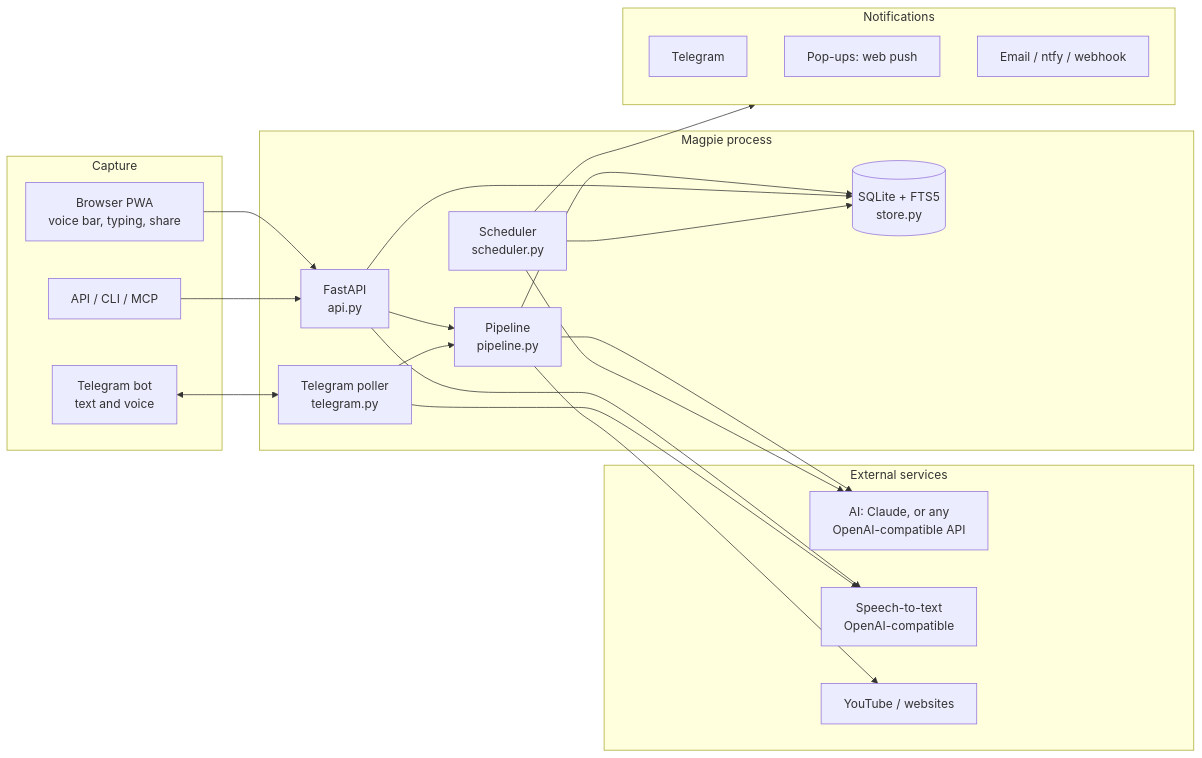
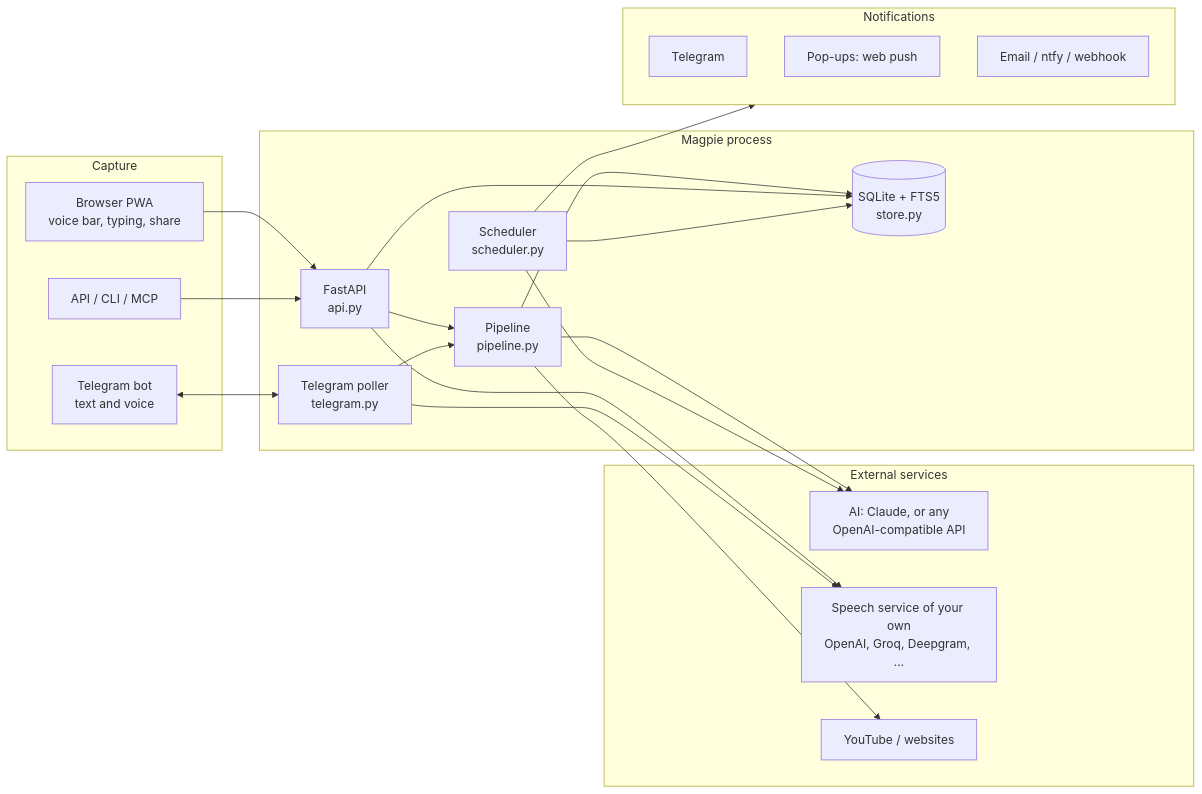
The first of 4 diagrams in docs/architecture.md (Coder-ux-coder/magpie), drawn with Mermaid before and after one commit. The commit also changed other lines of this file and 32 other files, not shown here.

First line of the commit message:
Magpie 0.8.0: your own speech service or dictation app, and words to listen out for

````diff
--- a/docs/architecture.md
+++ b/docs/architecture.md
@@ -7,39 +7,39 @@
 ```mermaid
 flowchart LR
     subgraph Capture
         B[Browser PWA<br/>voice bar, typing, share]
         T[Telegram bot<br/>text and voice]
         S[API / CLI / MCP]
     end
     subgraph Magpie[Magpie process]
         API[FastAPI<br/>api.py]
         P[Pipeline<br/>pipeline.py]
         SCH[Scheduler<br/>scheduler.py]
         BOT[Telegram poller<br/>telegram.py]
         DB[(SQLite + FTS5<br/>store.py)]
     end
     subgraph Outside[External services]
         C[AI: Claude, or any<br/>OpenAI-compatible API]
-        STT[Speech-to-text<br/>OpenAI-compatible]
+        STT[Speech service of your own<br/>OpenAI, Groq, Deepgram, …]
         WEB[YouTube / websites]
     end
     subgraph Notify[Notifications]
         N1[Telegram]
         N2[Pop-ups: web push]
         N3[Email / ntfy / webhook]
     end
     B --> API
     S --> API
     T <--> BOT
     API --> P
     BOT --> P
     P --> C
     P --> WEB
     API --> STT
     BOT --> STT
     P --> DB
     API --> DB
     SCH --> DB
     SCH --> Notify
     SCH --> C
 ```
````
